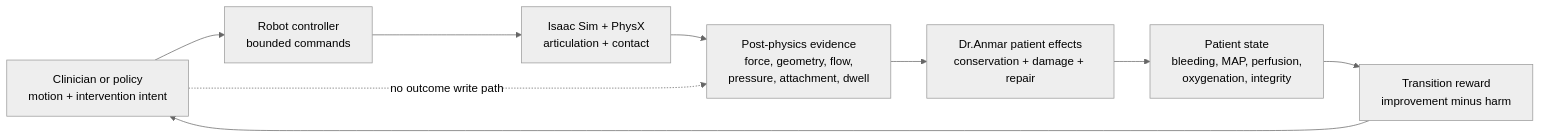
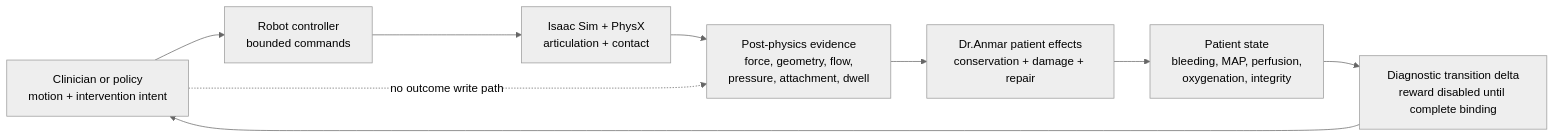
The first of 2 diagrams in README.md (Numi2/drAnmar), drawn with Mermaid (neutral theme) before and after one commit. The commit also changed other lines of this file and 78 other files, not shown here.

````diff
--- a/README.md
+++ b/README.md
@@ -108,11 +117,11 @@
 ```mermaid
 flowchart LR
     A["Clinician or policy<br/>motion + intervention intent"] --> B["Robot controller<br/>bounded commands"]
     B --> C["Isaac Sim + PhysX<br/>articulation + contact"]
     C --> D["Post-physics evidence<br/>force, geometry, flow,<br/>pressure, attachment, dwell"]
     D --> E["Dr.Anmar patient effects<br/>conservation + damage + repair"]
     E --> F["Patient state<br/>bleeding, MAP, perfusion,<br/>oxygenation, integrity"]
-    F --> G["Transition reward<br/>improvement minus harm"]
+    F --> G["Diagnostic transition delta<br/>reward disabled until complete binding"]
     G --> A
     A -. "no outcome write path" .-> D
 ```
````
